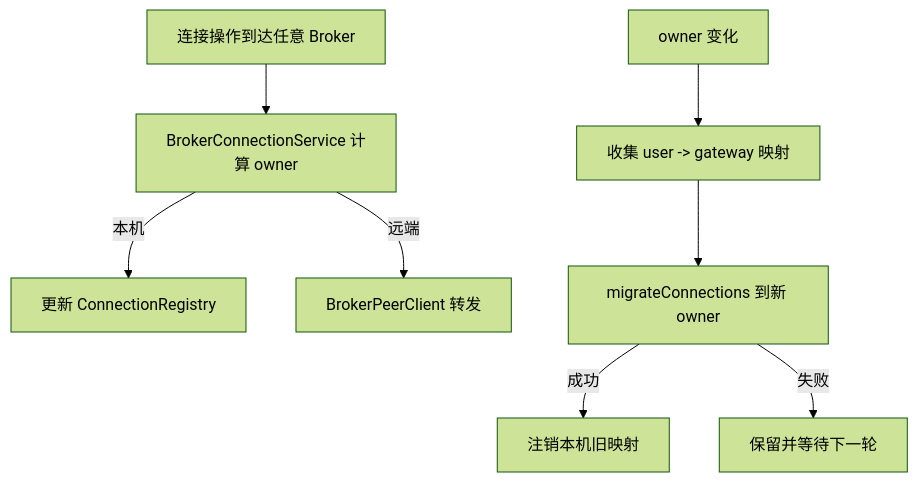
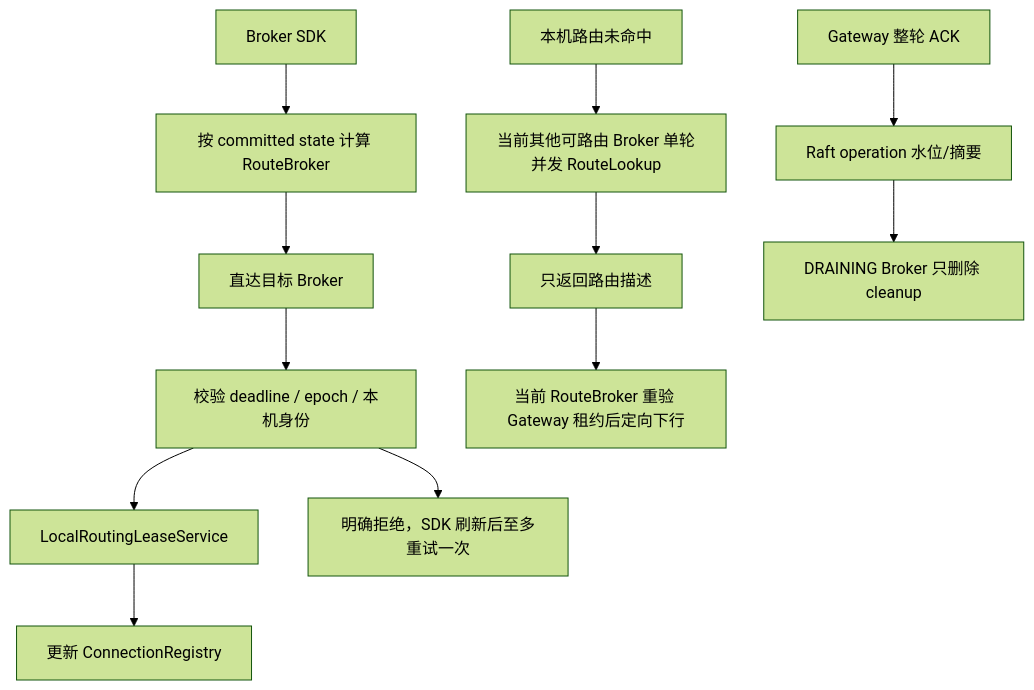
One commit to kc-co9/im-chat changed the third of 5 diagrams in im-broker/im-broker-server/README.md. Above: the diagram before and after it, drawn with Mermaid (forest theme). The commit also changed other lines of this file and 919 other files, not shown here.

````diff
--- a/im-broker/im-broker-server/README.md
+++ b/im-broker/im-broker-server/README.md
@@ -57,10 +482,14 @@
 ```mermaid
 flowchart TD
-    Operation[连接操作到达任意 Broker] --> Compute[BrokerConnectionService 计算 owner]
-    Compute -->|本机| Registry[更新 ConnectionRegistry]
-    Compute -->|远端| Forward[BrokerPeerClient 转发]
-    OwnerChange[owner 变化] --> Collect["收集 user -> gateway 映射"]
-    Collect --> Migrate[migrateConnections 到新 owner]
-    Migrate -->|成功| Remove[注销本机旧映射]
-    Migrate -->|失败| Retain[保留并等待下一轮]
+    SDK[Broker SDK] --> Compute[按 committed state 计算 RouteBroker]
+    Compute --> Direct[直达目标 Broker]
+    Direct --> Validate[校验 deadline / epoch / 本机身份]
+    Validate --> Guard[LocalRoutingLeaseService]
+    Guard --> Registry[更新 ConnectionRegistry]
+    Validate --> Reject[明确拒绝，SDK 刷新后至多重试一次]
+    Miss[本机路由未命中] --> Lookup[当前其他可路由 Broker 单轮并发 RouteLookup]
+    Lookup --> Describe[只返回路由描述]
+    Describe --> Revalidate[当前 RouteBroker 重验 Gateway 租约后定向下行]
+    Ack[Gateway 整轮 ACK] --> Raft[Raft operation 水位/摘要]
+    Raft --> Cleanup[DRAINING Broker 只删除 cleanup]
 ```
````
